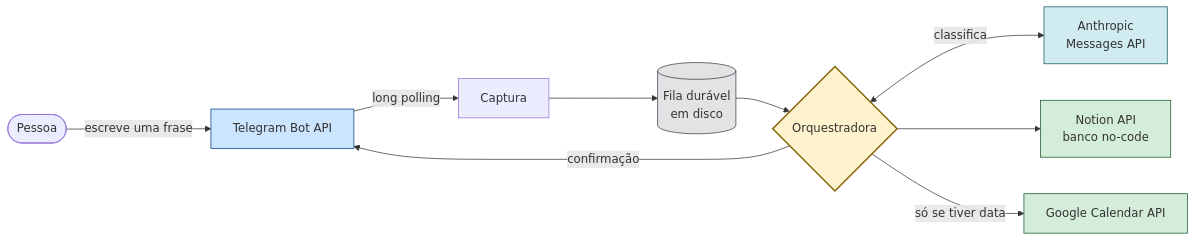
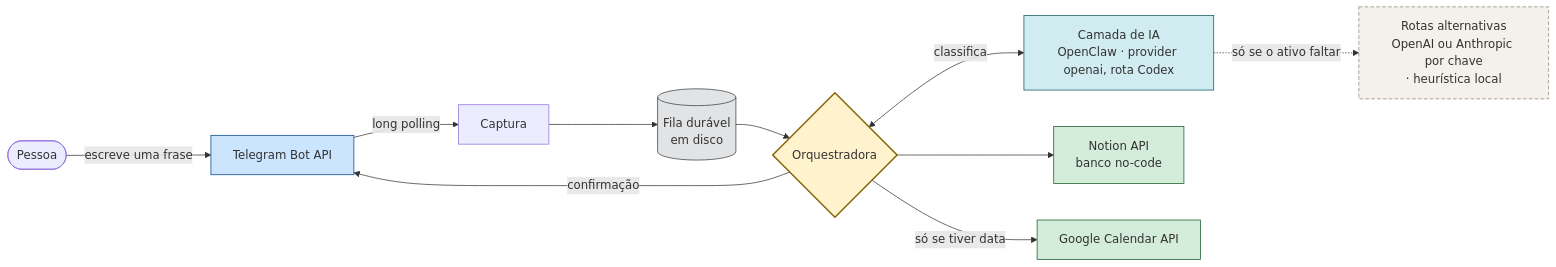
Before and after one commit to brunarezerdev/sabia-organizacao-pessoal: the first of 7 diagrams in docs/fluxo.md, drawn with Mermaid. The commit also changed other lines of this file and 6 other files, not shown here.

````diff
--- a/docs/fluxo.md
+++ b/docs/fluxo.md
@@ -9,18 +9,20 @@
 ```mermaid
 graph LR
     P([Pessoa]) -->|escreve uma frase| TG[Telegram Bot API]
     TG -->|long polling| CAP[Captura]
     CAP --> FILA[(Fila durável<br/>em disco)]
     FILA --> ORQ{Orquestradora}
-    ORQ <-->|classifica| IA[Anthropic<br/>Messages API]
+    ORQ <-->|classifica| IA[Camada de IA<br/>OpenClaw · provider openai, rota Codex]
+    IA -.->|só se o ativo faltar| FB[Rotas alternativas<br/>OpenAI ou Anthropic por chave<br/>· heurística local]
     ORQ --> NOT[Notion API<br/>banco no-code]
     ORQ -->|só se tiver data| GC[Google Calendar API]
     ORQ -->|confirmação| TG
 
     style ORQ fill:#fff3cd,stroke:#856404,stroke-width:2px
     style FILA fill:#e2e3e5,stroke:#383d41
     style IA fill:#d1ecf1,stroke:#0c5460
+    style FB fill:#f4f1ea,stroke:#8a8378,stroke-dasharray: 5 3
     style NOT fill:#d4edda,stroke:#155724
     style GC fill:#d4edda,stroke:#155724
     style TG fill:#cce5ff,stroke:#004085
 ```
````
